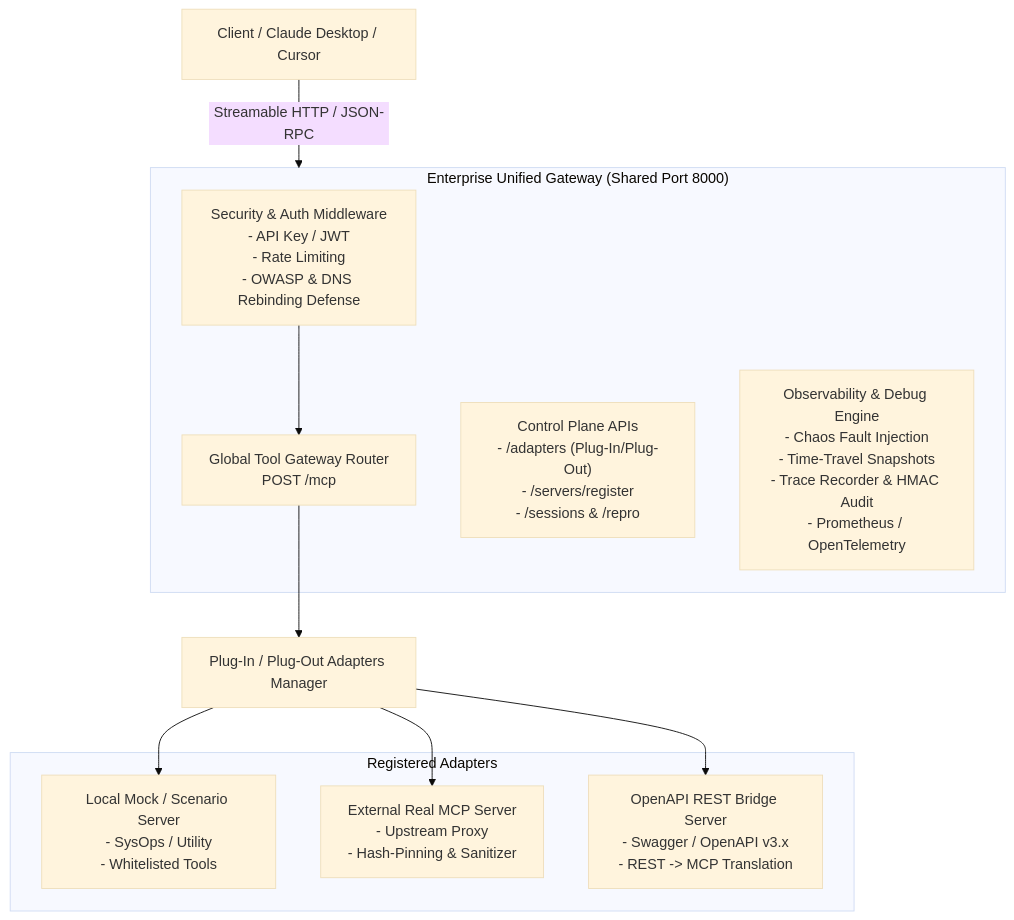
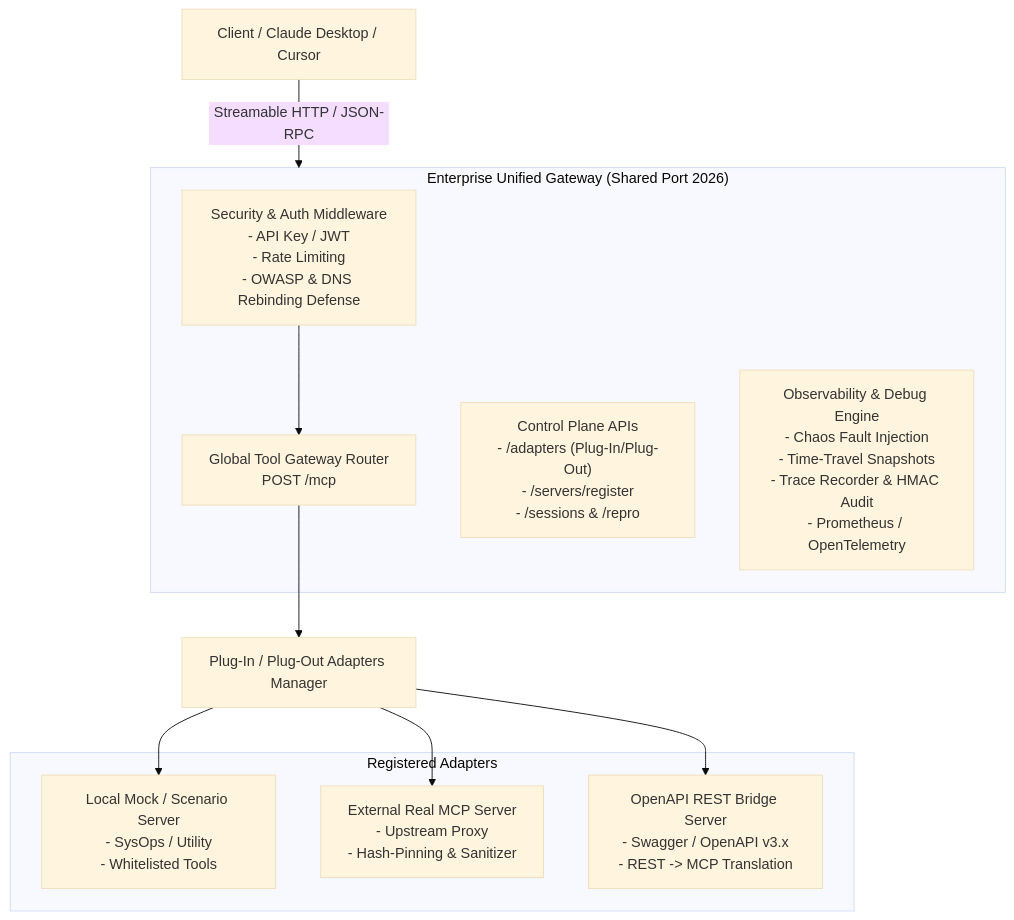
The diagram in README.md (phonhay103/mcp-gateway), drawn with Mermaid (base theme) before and after one commit. The commit also changed other lines of this file and 9 other files, not shown here.

Commit message:
feat: Update gateway port from 8000 to 2026 and enhance security in Docker setup

````diff
--- a/README.md
+++ b/README.md
@@ -9,23 +9,23 @@
 ```mermaid
 graph TD
-    Client[Client / Claude Desktop / Cursor] -->|Streamable HTTP / JSON-RPC| Gateway["Enterprise Unified Gateway (:8000)"]
+    Client[Client / Claude Desktop / Cursor] -->|Streamable HTTP / JSON-RPC| Gateway["Enterprise Unified Gateway (:2026)"]
 
-    subgraph Gateway ["Enterprise Unified Gateway (Shared Port 8000)"]
+    subgraph Gateway ["Enterprise Unified Gateway (Shared Port 2026)"]
         Sec["Security & Auth Middleware<br/>- API Key / JWT<br/>- Rate Limiting<br/>- OWASP & DNS Rebinding Defense"] --> Router
         Router["Global Tool Gateway Router<br/>POST /mcp"]
         CP["Control Plane APIs<br/>- /adapters (Plug-In/Plug-Out)<br/>- /servers/register<br/>- /sessions & /repro"]
         Obs["Observability & Debug Engine<br/>- Chaos Fault Injection<br/>- Time-Travel Snapshots<br/>- Trace Recorder & HMAC Audit<br/>- Prometheus / OpenTelemetry"]
     end
 
     Router --> AdaptersMgr["Plug-In / Plug-Out Adapters Manager"]
 
     subgraph Adapters ["Registered Adapters"]
         LocalMock["Local Mock / Scenario Server<br/>- SysOps / Utility<br/>- Whitelisted Tools"]
         ExtProxy["External Real MCP Server<br/>- Upstream Proxy<br/>- Hash-Pinning & Sanitizer"]
         OpenAPIBridge["OpenAPI REST Bridge Server<br/>- Swagger / OpenAPI v3.x<br/>- REST -> MCP Translation"]
     end
 
     AdaptersMgr --> LocalMock
     AdaptersMgr --> ExtProxy
     AdaptersMgr --> OpenAPIBridge
 ```
````
